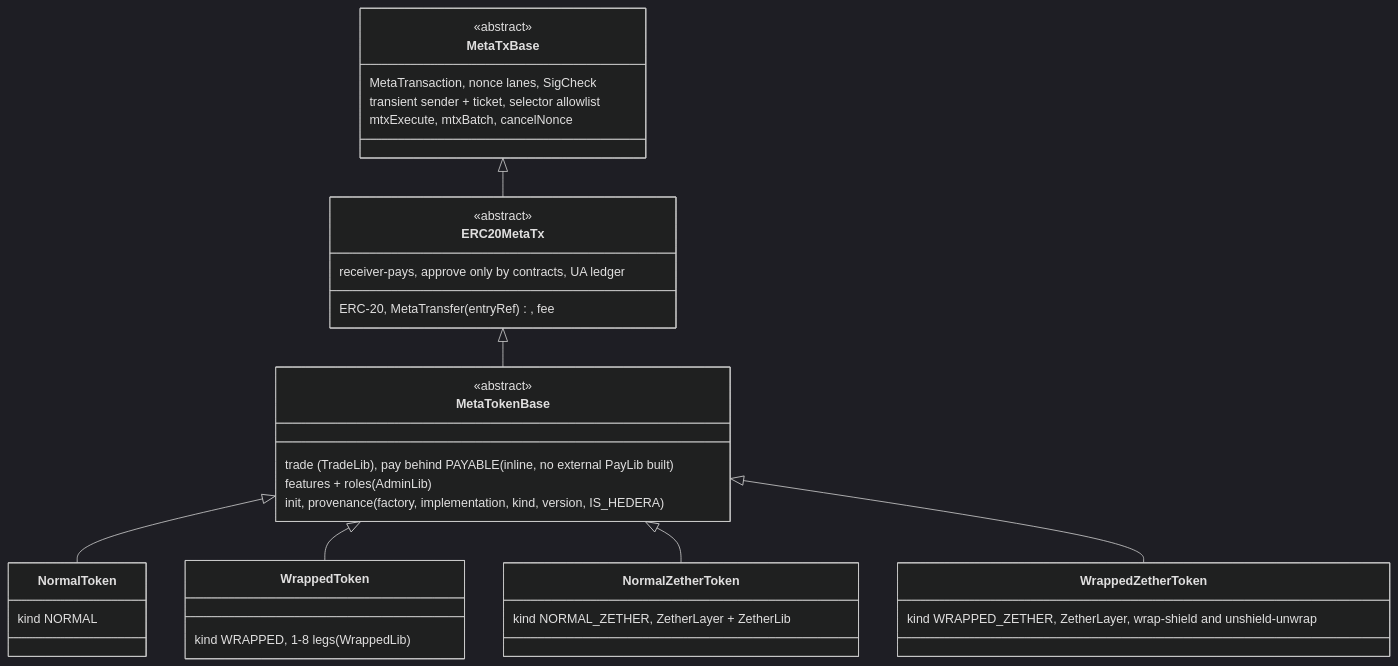
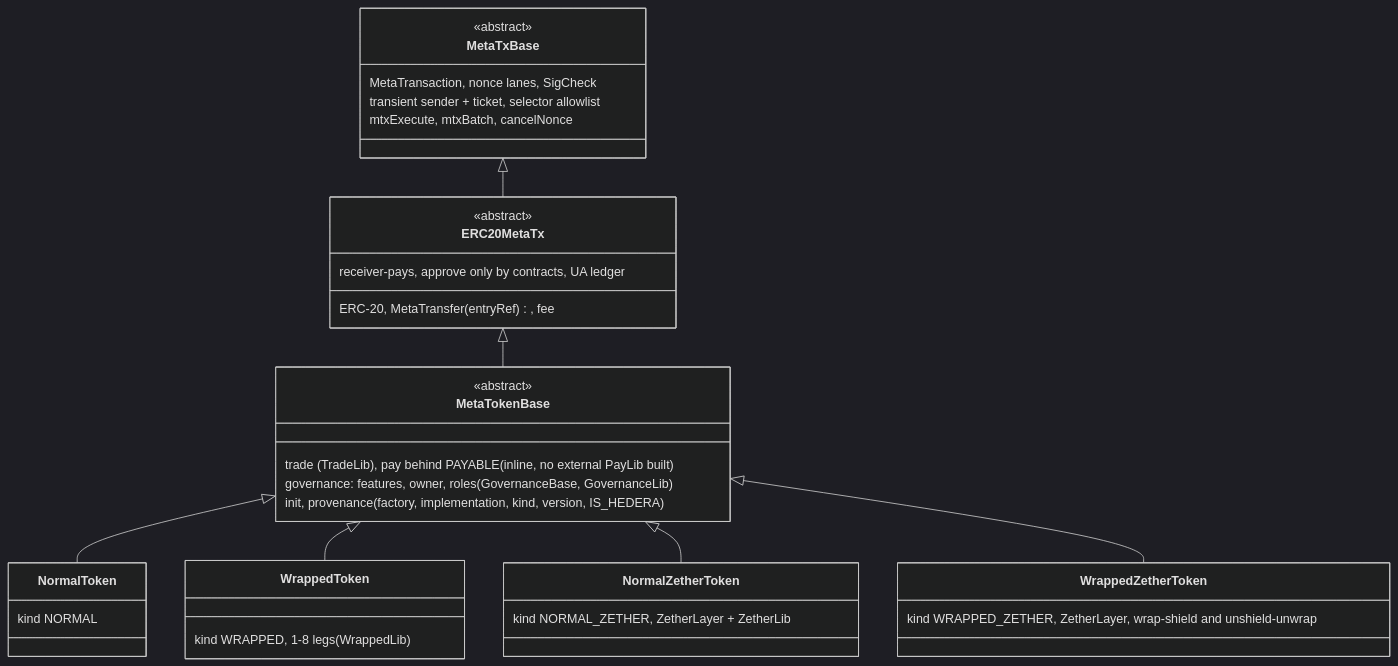
The diagram in docs/contracts/token-wrappers.md (dinhduongha/scaas), drawn with Mermaid (dark theme) before and after one commit. The commit also changed other lines of this file and 20 other files, not shown here.

````diff
--- a/docs/contracts/token-wrappers.md
+++ b/docs/contracts/token-wrappers.md
@@ -33,30 +33,30 @@
 ```mermaid
 classDiagram
     MetaTxBase <|-- ERC20MetaTx
     ERC20MetaTx <|-- MetaTokenBase
     MetaTokenBase <|-- NormalToken
     MetaTokenBase <|-- WrappedToken
     MetaTokenBase <|-- NormalZetherToken
     MetaTokenBase <|-- WrappedZetherToken
     class MetaTxBase {
         <<abstract>>
         MetaTransaction, nonce lanes, SigCheck
         transient sender + ticket, selector allowlist
         mtxExecute, mtxBatch, cancelNonce
     }
     class ERC20MetaTx {
         <<abstract>>
         ERC-20, MetaTransfer (entryRef), fee
         receiver-pays, approve only by contracts, UA ledger
     }
     class MetaTokenBase {
         <<abstract>>
         trade (TradeLib), pay behind PAYABLE (inline, no external PayLib built)
-        features + roles (AdminLib)
+        governance: features, owner, roles (GovernanceBase, GovernanceLib)
         init, provenance (factory, implementation, kind, version, IS_HEDERA)
     }
     class NormalToken { kind NORMAL }
     class WrappedToken { kind WRAPPED, 1-8 legs (WrappedLib) }
     class NormalZetherToken { kind NORMAL_ZETHER, ZetherLayer + ZetherLib }
     class WrappedZetherToken { kind WRAPPED_ZETHER, ZetherLayer, wrap-shield and unshield-unwrap }
 ```
````
